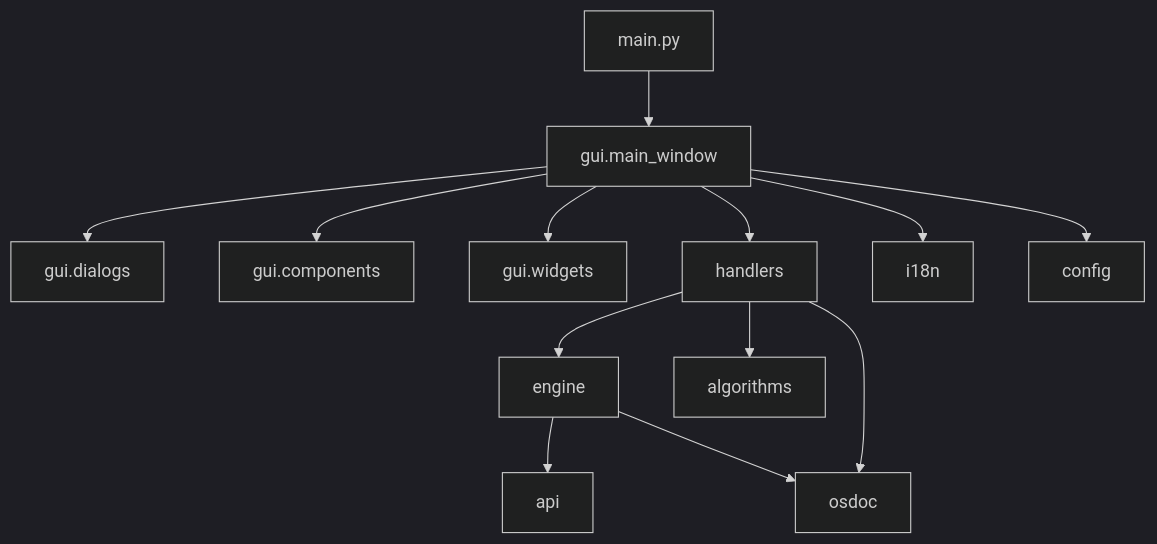
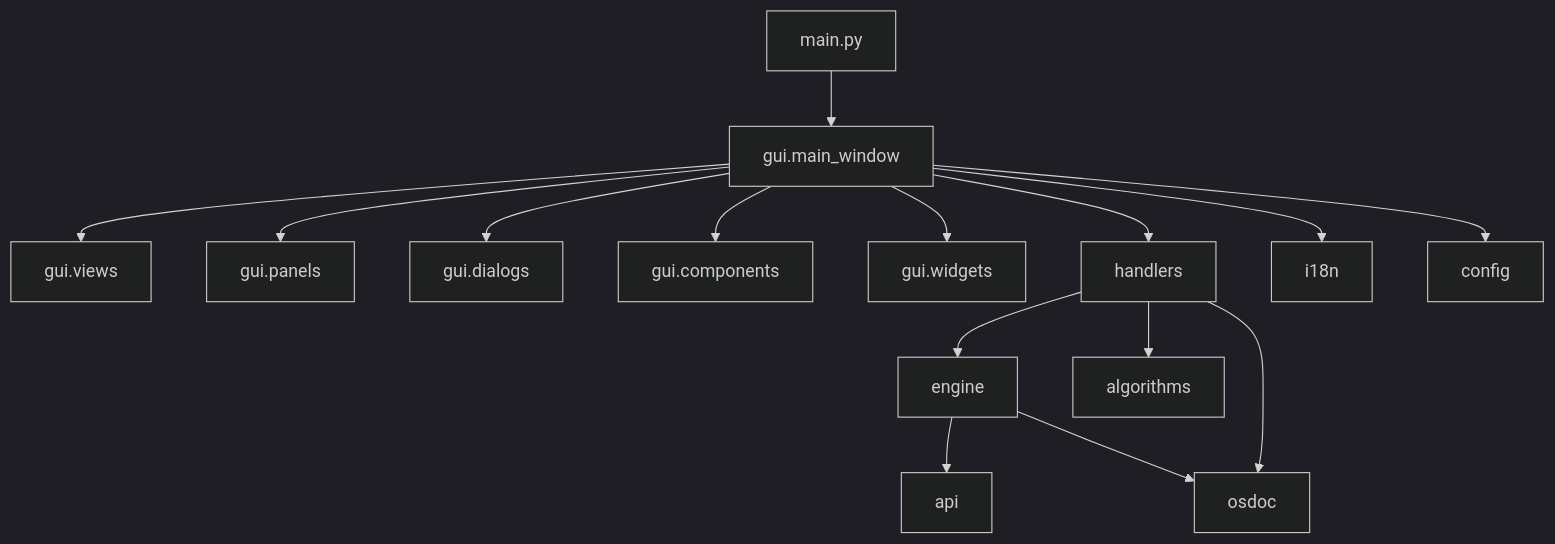
One commit to maresoftik/BadWords changed the diagram in .agents/rules/architecture.md. Above: the diagram before and after it, drawn with Mermaid (dark theme). The commit also changed other lines of this file and 4 other files, not shown here.

````diff
--- a/.agents/rules/architecture.md
+++ b/.agents/rules/architecture.md
@@ -94,15 +109,17 @@
 ```mermaid
 graph TD
     A[main.py] --> B[gui.main_window]
-    B --> C[gui.dialogs]
-    B --> D[gui.components]
-    B --> E[gui.widgets]
-    B --> F[handlers]
-    F --> G[engine]
-    F --> H[algorithms]
-    G --> I[api]
-    G --> J[osdoc]
-    F --> J
-    B --> K[i18n]
-    B --> L[config]
+    B --> C[gui.views]
+    B --> D[gui.panels]
+    B --> E[gui.dialogs]
+    B --> F[gui.components]
+    B --> G[gui.widgets]
+    B --> H[handlers]
+    H --> I[engine]
+    H --> J[algorithms]
+    I --> K[api]
+    I --> L[osdoc]
+    H --> L
+    B --> M[i18n]
+    B --> N[config]
 ```
````
